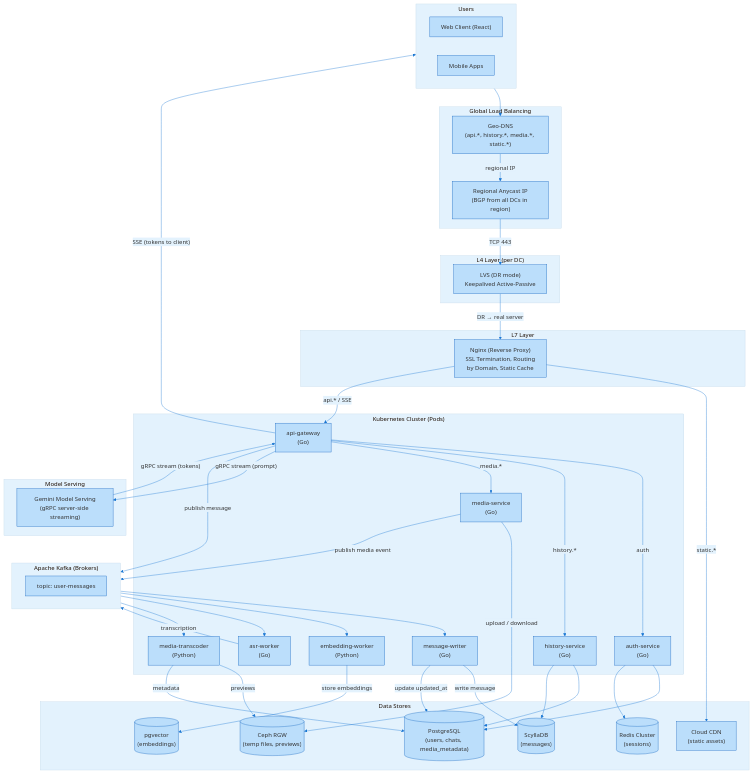
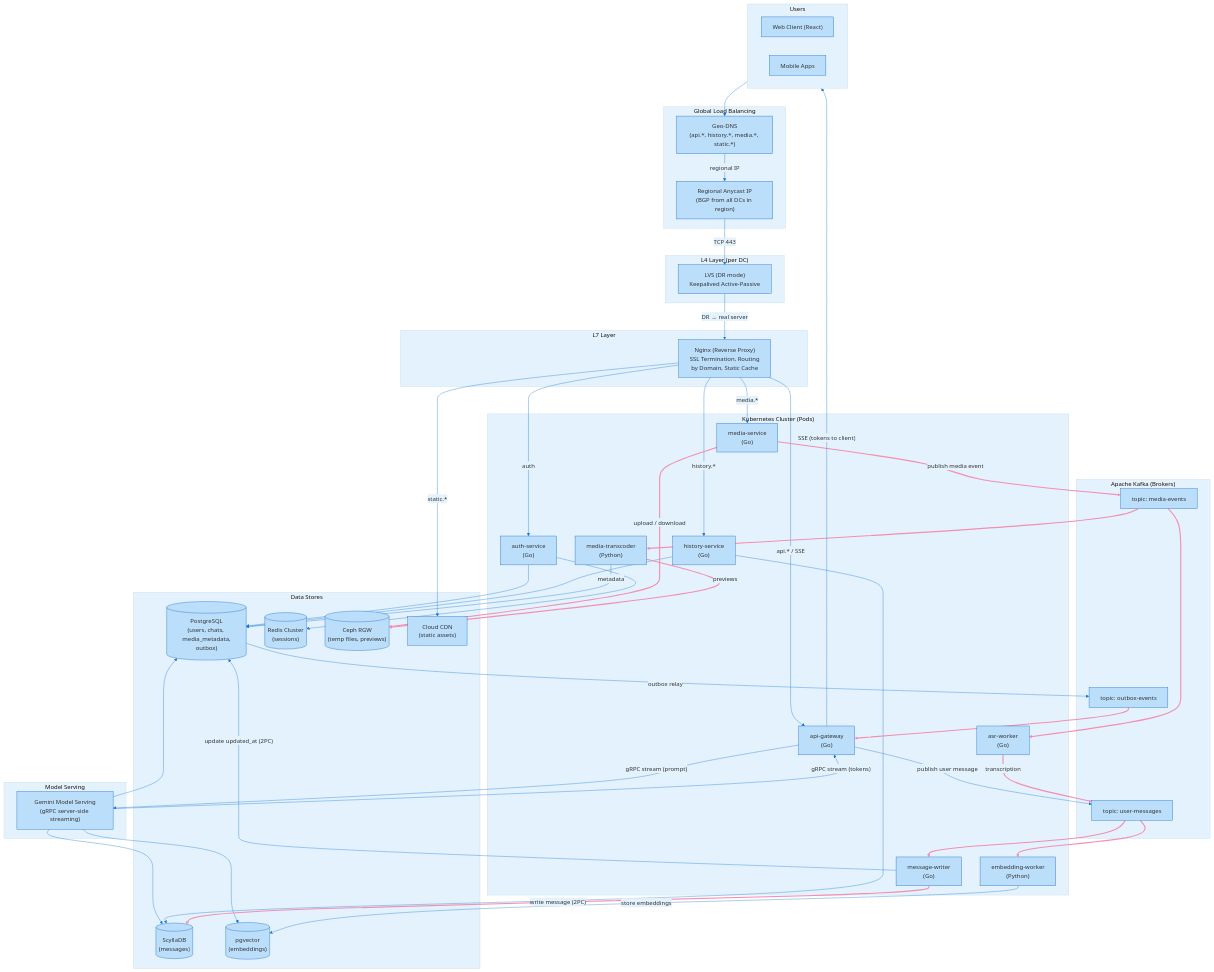
One commit to gettingthingsdoneee/gemini_highload changed the third of 3 diagrams in README.md. Above: the diagram before and after it, drawn with Mermaid. The commit also changed other lines of this file, not shown here.

````diff
--- a/README.md
+++ b/README.md
@@ -844,7 +870,9 @@
     end
 
     subgraph Kafka["Apache Kafka (Brokers)"]
-        Topic["topic: user‑messages"]
+        TopicUser["topic: user‑messages"]
+        TopicMedia["topic: media‑events"]
+        TopicOutbox["topic: outbox‑events"]
     end
 
     subgraph Model["Model Serving"]
@@ -852,7 +880,7 @@
     end
 
     subgraph DataStores["Data Stores"]
-        PG[("PostgreSQL<br>(users, chats, media_metadata)")]
+        PG[("PostgreSQL<br>(users, chats, media_metadata,<br>outbox)")]
         Scylla[("ScyllaDB<br>(messages)")]
         RedisSessions[("Redis Cluster<br>(sessions)")]
         Pgvector[("pgvector<br>(embeddings)")]
@@ -866,37 +894,48 @@
     LVS -- "DR → real server" --> NGINX
 
     NGINX -- "static.*" --> CDN
-    ApiGateway -- "auth" --> Auth
+    NGINX -- "auth" --> Auth
     NGINX -- "api.* / SSE" --> ApiGateway
-    ApiGateway -- "history.*" --> History
-    ApiGateway -- "media.*" --> MediaService
+    NGINX -- "history.*" --> History
+    NGINX -- "media.*" --> MediaService
 
     Auth --> PG
     Auth --> RedisSessions
 
-    ApiGateway -- "publish message" --> Kafka
+    ApiGateway -- "publish user message" --> TopicUser
     ApiGateway -- "gRPC stream (prompt)" --> GeminiModel
     GeminiModel -- "gRPC stream (tokens)" --> ApiGateway
     ApiGateway -- "SSE (tokens to client)" --> Clients
+
+    GeminiModel --> PG
+    GeminiModel --> Scylla
+    GeminiModel --> Pgvector
 
     History --> PG
     History --> Scylla
 
     MediaService -- "upload / download" --> CephRGW
-    MediaService -- "publish media event" --> Kafka
+    MediaService -- "publish media event" --> TopicMedia
 
-    Kafka --> MessageWriter
-    Kafka --> EmbeddingWorker
-    Kafka --> ASRWorker
-    Kafka --> MediaTranscoder
+    TopicUser --> MessageWriter
+    TopicUser --> EmbeddingWorker
+    TopicMedia --> ASRWorker
+    TopicMedia --> MediaTranscoder
+    TopicOutbox --> ApiGateway
 
-    MessageWriter -- "write message" --> Scylla
-    MessageWriter -- "update updated_at" --> PG
+    MessageWriter -- "write message (2PC)" --> Scylla
+    MessageWriter -- "update updated_at (2PC)" --> PG
 
     EmbeddingWorker -- "store embeddings" --> Pgvector
 
-    ASRWorker -- "transcription" --> Kafka
+    ASRWorker -- "transcription" --> TopicUser
 
     MediaTranscoder -- "previews" --> CephRGW
     MediaTranscoder -- "metadata" --> PG
+
+    PG -- "outbox relay" --> TopicOutbox
+
+    linkStyle 20,21,22,23 stroke:#f48fb1,stroke-width:3px
+    linkStyle 24,25,26,27 stroke:#f48fb1,stroke-width:3px
+    linkStyle 30,31 stroke:#f48fb1,stroke-width:3px
 ```
````
